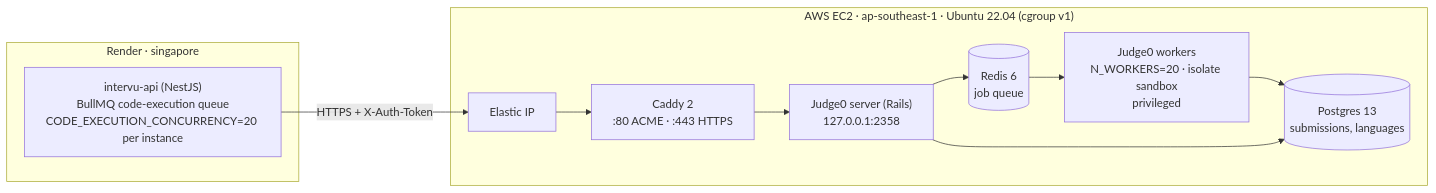
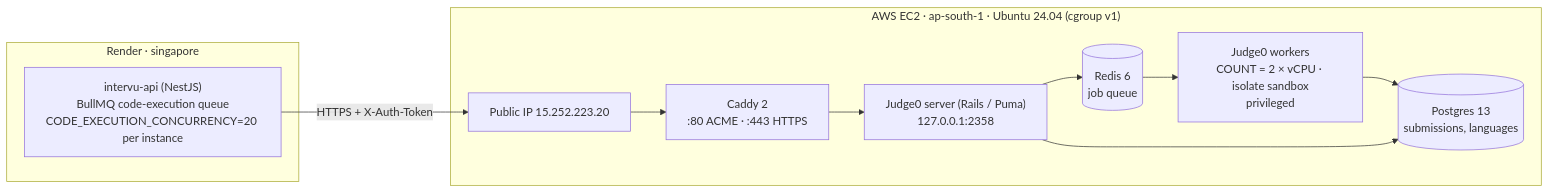
The diagram in docs/infrastructure/judge0-aws-implementation-guide.md (da1062332-web/intervu-ai), drawn with Mermaid before and after one commit. The commit also changed other lines of this file and 10 other files, not shown here.

````diff
--- a/docs/infrastructure/judge0-aws-implementation-guide.md
+++ b/docs/infrastructure/judge0-aws-implementation-guide.md
@@ -39,20 +40,20 @@
 ```mermaid
 flowchart LR
     subgraph Render["Render · singapore"]
         API["intervu-api (NestJS)<br/>BullMQ code-execution queue<br/>CODE_EXECUTION_CONCURRENCY=20 per instance"]
     end
 
-    subgraph EC2["AWS EC2 · ap-southeast-1 · Ubuntu 22.04 (cgroup v1)"]
-        EIP["Elastic IP"]
+    subgraph EC2["AWS EC2 · ap-south-1 · Ubuntu 24.04 (cgroup v1)"]
+        IP["Public IP 15.252.223.20"]
         CADDY["Caddy 2<br/>:80 ACME · :443 HTTPS"]
-        SERVER["Judge0 server (Rails)<br/>127.0.0.1:2358"]
-        WORKERS["Judge0 workers<br/>N_WORKERS=20 · isolate sandbox<br/>privileged"]
+        SERVER["Judge0 server (Rails / Puma)<br/>127.0.0.1:2358"]
+        WORKERS["Judge0 workers<br/>COUNT = 2 × vCPU · isolate sandbox<br/>privileged"]
         REDIS[("Redis 6<br/>job queue")]
         PG[("Postgres 13<br/>submissions, languages")]
     end
 
-    API -- "HTTPS + X-Auth-Token" --> EIP --> CADDY --> SERVER
+    API -- "HTTPS + X-Auth-Token" --> IP --> CADDY --> SERVER
     SERVER --> REDIS --> WORKERS
     WORKERS --> PG
     SERVER --> PG
 ```
````
